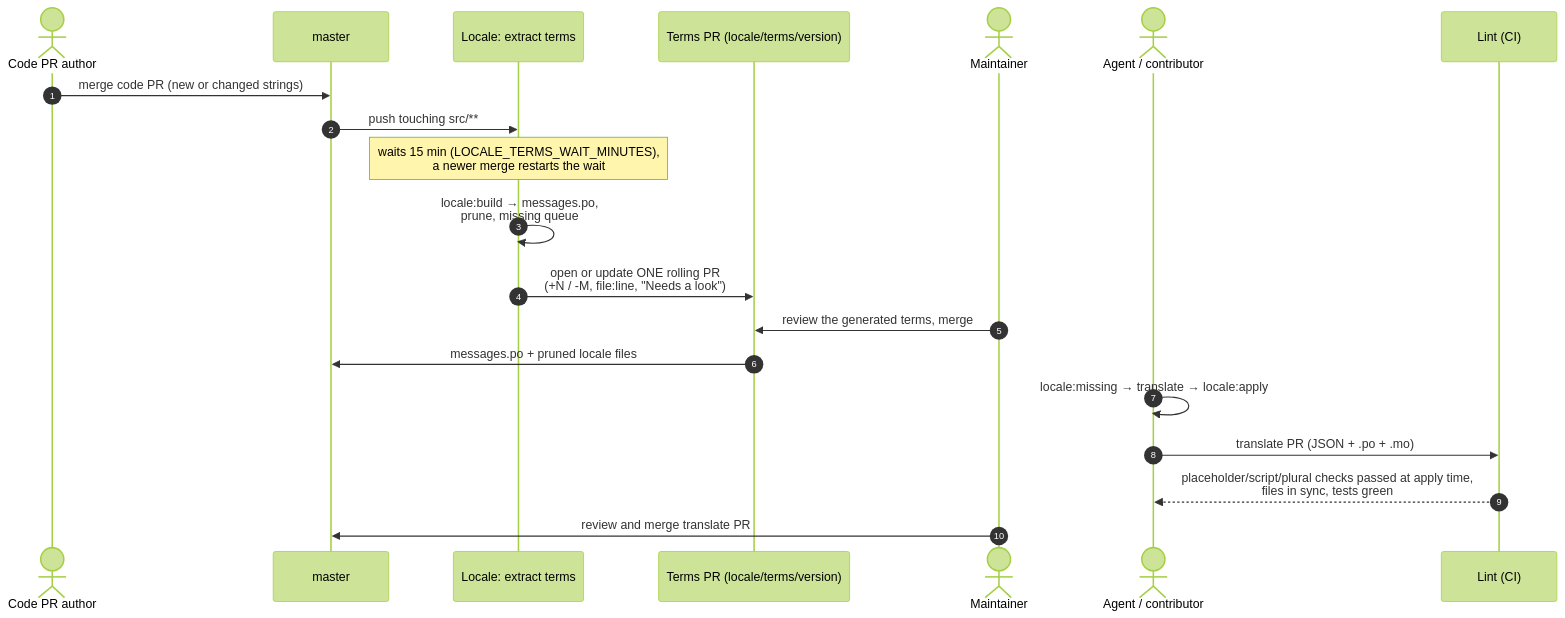
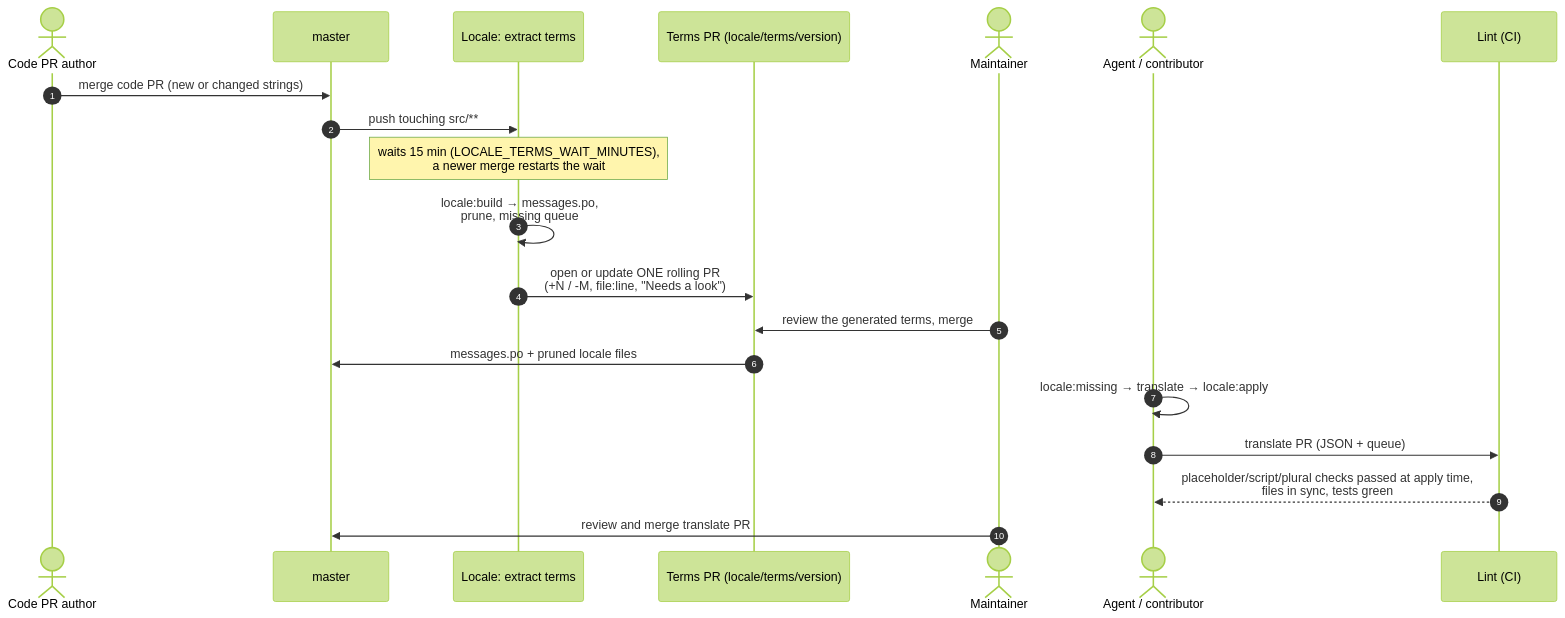
Before and after one commit to ChurchCRM/CRM: the second of 2 diagrams in docs/maintainers/locale-design.md, drawn with Mermaid (forest theme). The commit also changed other lines of this file and 121 other files, not shown here.

````diff
--- a/docs/maintainers/locale-design.md
+++ b/docs/maintainers/locale-design.md
@@ -77,23 +77,23 @@
 ```mermaid
 sequenceDiagram
     autonumber
     actor Dev as Code PR author
     participant M as master
     participant X as Locale: extract terms
     participant T as Terms PR (locale/terms/version)
     actor Mt as Maintainer
     actor Tr as Agent / contributor
     participant L as Lint (CI)
 
     Dev->>M: merge code PR (new or changed strings)
     M->>X: push touching src/**
     Note over X: waits 15 min (LOCALE_TERMS_WAIT_MINUTES),<br/>a newer merge restarts the wait
     X->>X: locale:build → messages.po,<br/>prune, missing queue
     X->>T: open or update ONE rolling PR<br/>(+N / -M, file:line, "Needs a look")
     Mt->>T: review the generated terms, merge
     T->>M: messages.po + pruned locale files
     Tr->>Tr: locale:missing → translate → locale:apply
-    Tr->>L: translate PR (JSON + .po + .mo)
+    Tr->>L: translate PR (JSON + queue)
     L-->>Tr: placeholder/script/plural checks passed at apply time,<br/>files in sync, tests green
     Mt->>M: review and merge translate PR
 ```
````
